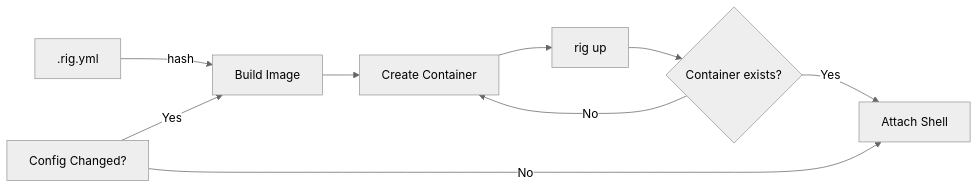
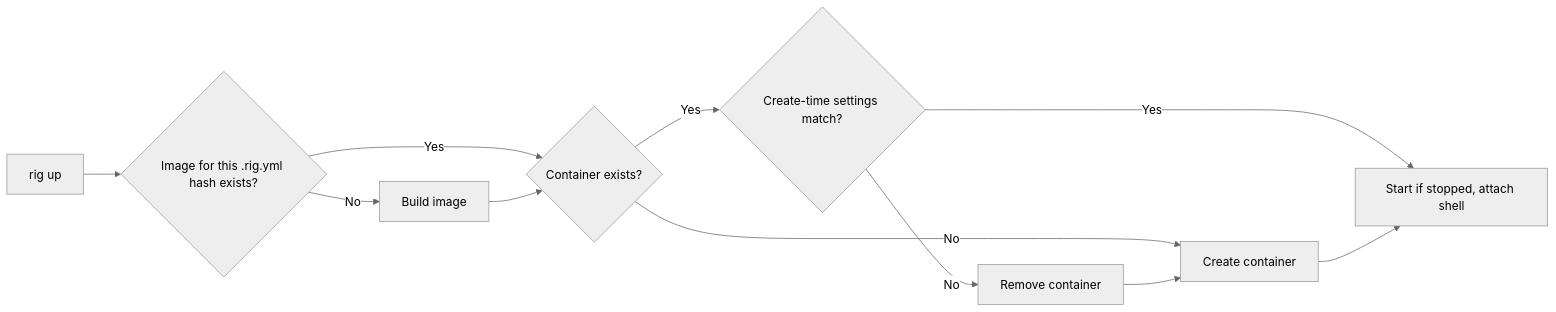
The diagram in README.md (wfaler/rig), drawn with Mermaid (neutral theme) before and after one commit. The commit also changed other lines of this file and 19 other files, not shown here.

````diff
--- a/README.md
+++ b/README.md
@@ -240,11 +262,12 @@
 ```mermaid
 graph LR
-    A[.rig.yml] -->|hash| B[Build Image]
-    B --> C[Create Container]
-    C --> D[rig up]
-    D --> E{Container exists?}
-    E -->|Yes| F[Attach Shell]
-    E -->|No| C
-    G[Config Changed?] -->|Yes| B
-    G -->|No| F
+    A[rig up] --> B{Image for this .rig.yml hash exists?}
+    B -->|No| C[Build image]
+    B -->|Yes| D{Container exists?}
+    C --> D
+    D -->|No| F[Create container]
+    D -->|Yes| E{Create-time settings match?}
+    E -->|Yes| G[Start if stopped, attach shell]
+    E -->|No| H[Remove container] --> F
+    F --> G
 ```
````
